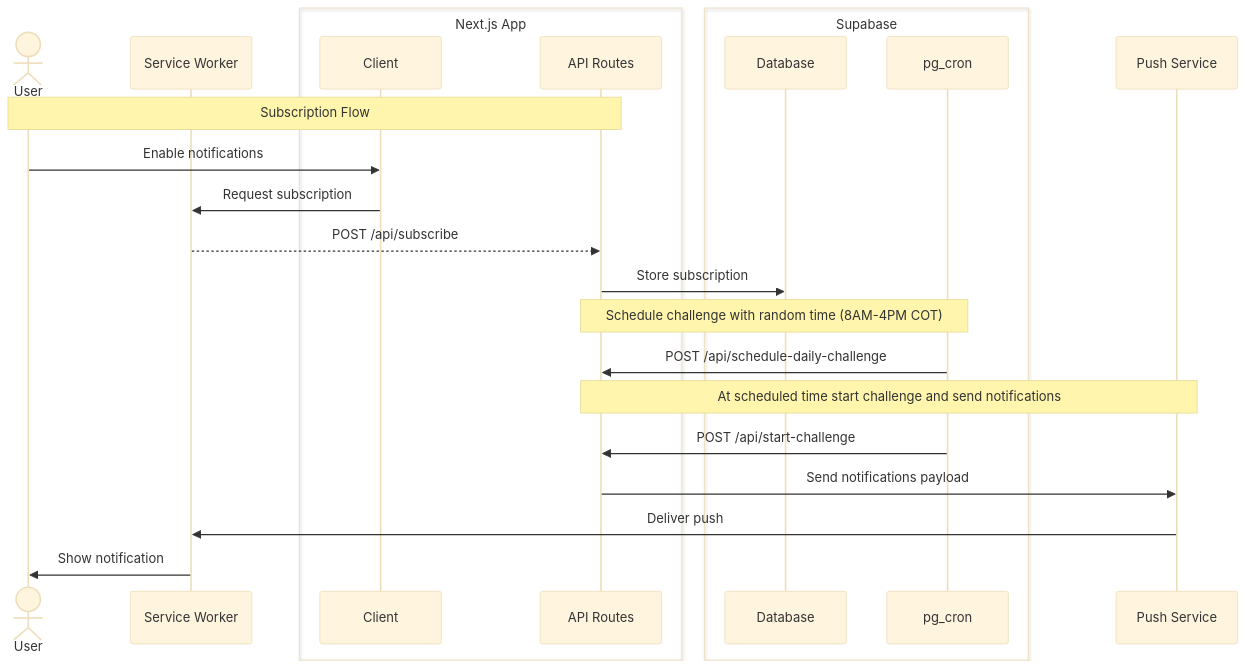
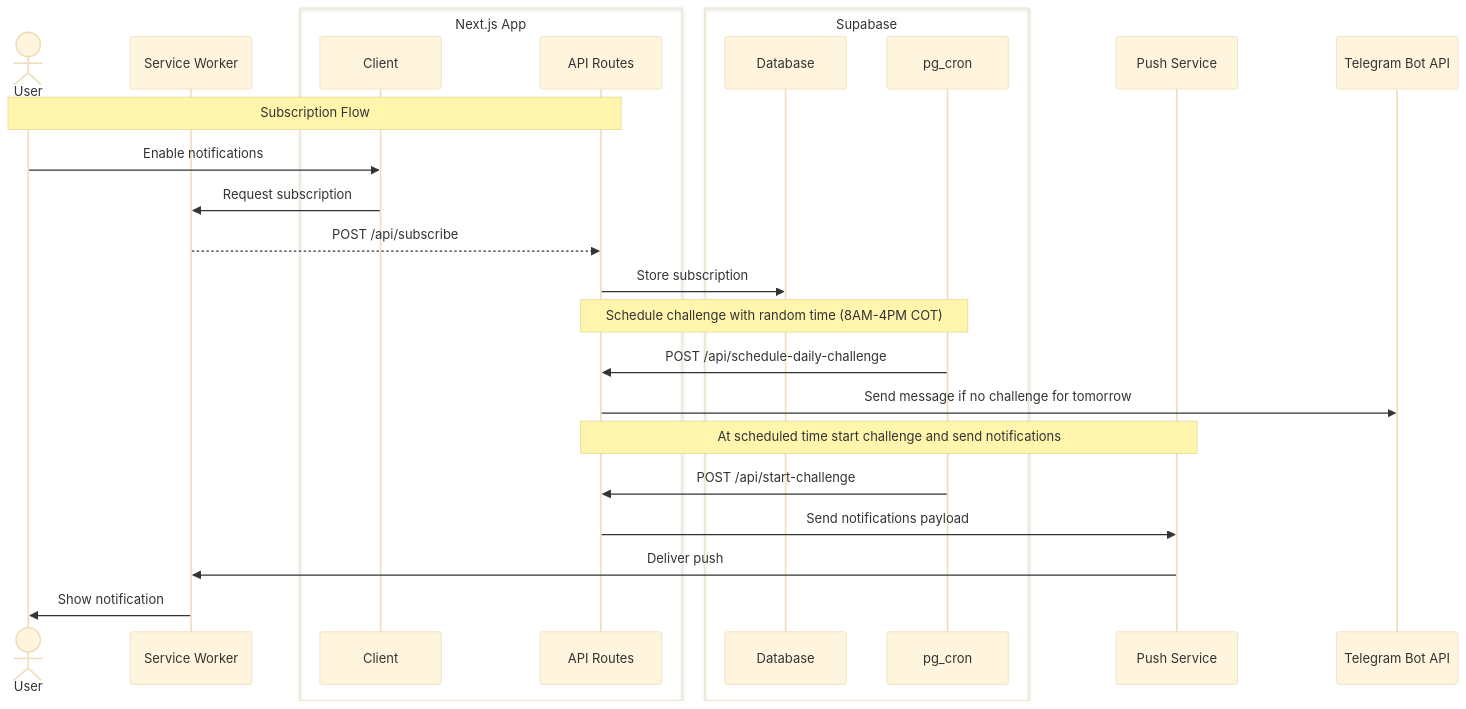
Before and after one commit to kristiandrex/sabeo: the diagram in README.md, drawn with Mermaid (base theme). The commit also changed other lines of this file and 2 other files, not shown here.

Commit message:
feat: Notify via Telegram when no challenge

````diff
--- a/README.md
+++ b/README.md
@@ -22,32 +22,34 @@
 ```mermaid
 sequenceDiagram
   actor User
   participant SW as Service Worker
   
   box Next.js App
     participant UI as Client
     participant API as API Routes
   end
   
   box Supabase
     participant DB as Database
     participant Cron as pg_cron
   end
   
   participant Push as Push Service
+  participant Telegram as Telegram Bot API
   
   Note over User,API: Subscription Flow
   User->>UI: Enable notifications
   UI->>SW: Request subscription
   SW-->>API: POST /api/subscribe
   API->>DB: Store subscription
   
   Note over Cron,API: Schedule challenge with random time (8AM-4PM COT)
   Cron->>API: POST /api/schedule-daily-challenge
+  API->>Telegram: Send message if no challenge for tomorrow
   
   Note over Push,API: At scheduled time start challenge and send notifications
   Cron->>API: POST /api/start-challenge
   API->>Push: Send notifications payload
   Push->>SW: Deliver push
   SW->>User: Show notification
 ```
````
